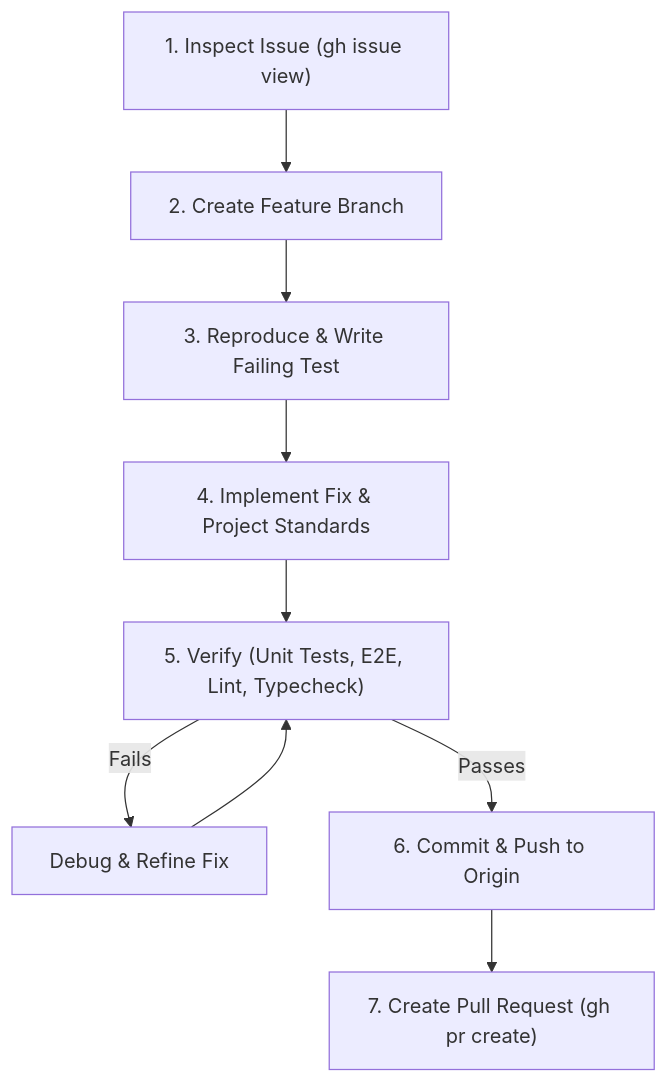
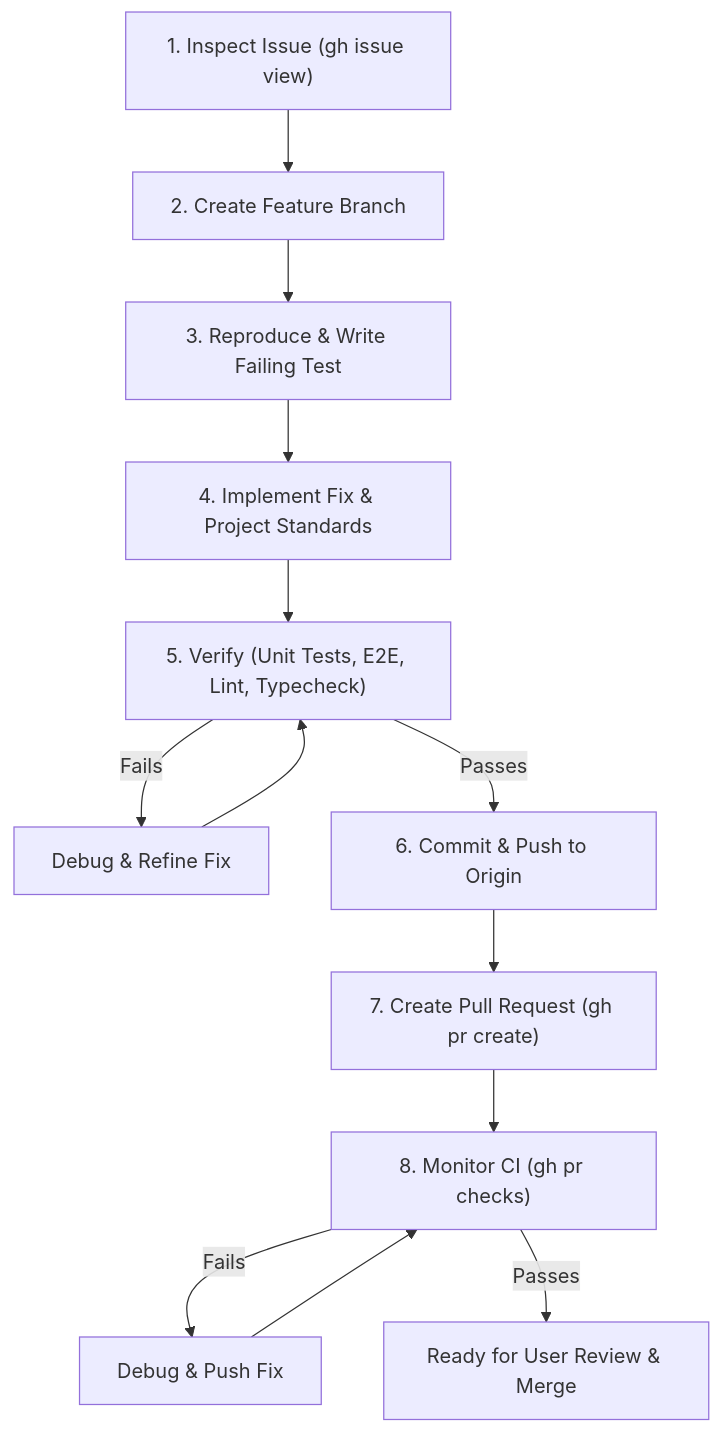
One commit to anitschke/yoto-bench changed the diagram in .agents/skills/resolve-github-issue/SKILL.md. Above: the diagram before and after it, drawn with Mermaid. The commit also changed other lines of this file, not shown here.

````diff
--- a/.agents/skills/resolve-github-issue/SKILL.md
+++ b/.agents/skills/resolve-github-issue/SKILL.md
@@ -17,11 +17,14 @@
 ```mermaid
 flowchart TD
     Inspect["1. Inspect Issue (gh issue view)"] --> Branch["2. Create Feature Branch"]
     Branch --> Reproduce["3. Reproduce & Write Failing Test"]
     Reproduce --> Fix["4. Implement Fix & Project Standards"]
     Fix --> Verify["5. Verify (Unit Tests, E2E, Lint, Typecheck)"]
     Verify -->|Fails| Debug["Debug & Refine Fix"]
     Debug --> Verify
     Verify -->|Passes| Push["6. Commit & Push to Origin"]
     Push --> PR["7. Create Pull Request (gh pr create)"]
+    PR --> CI["8. Monitor CI (gh pr checks)"]
+    CI -->|Fails| DebugCI["Debug & Push Fix"] --> CI
+    CI -->|Passes| Done["Ready for User Review & Merge"]
 ```
````
